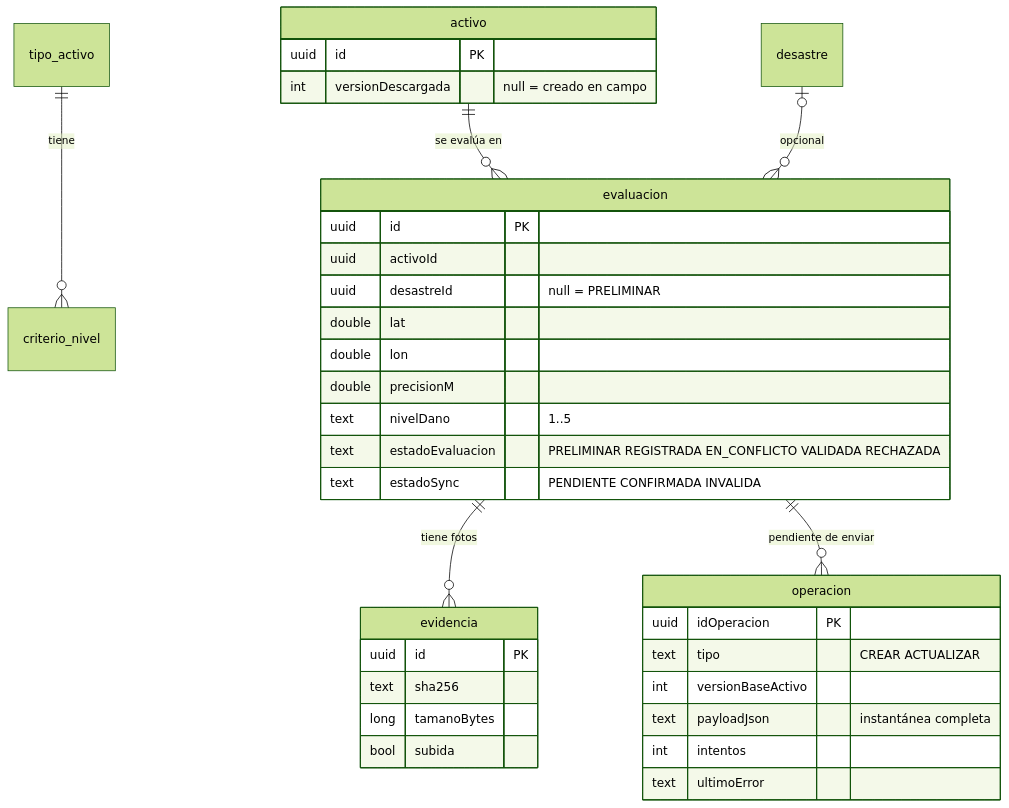
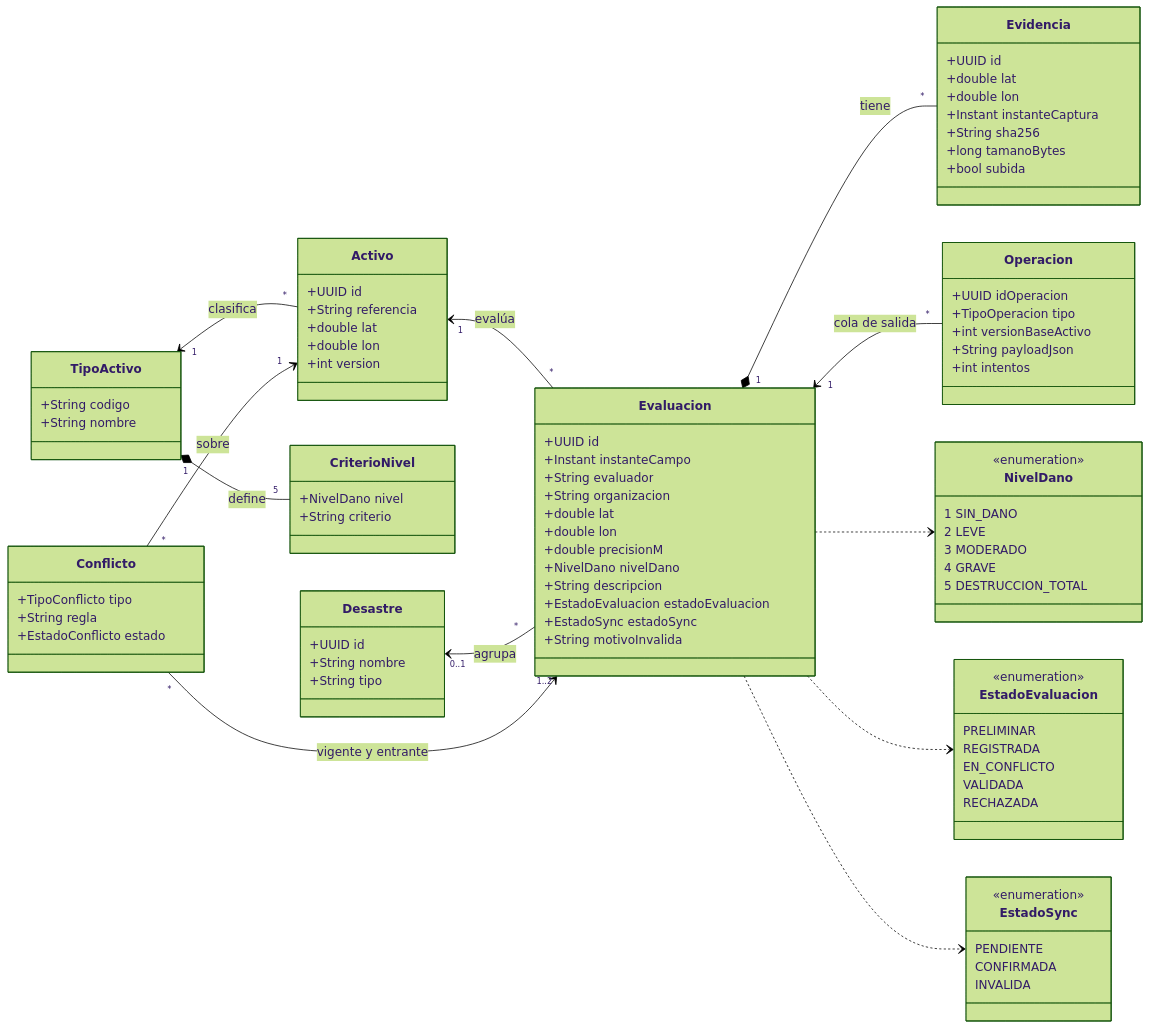
One commit to Gantu78/danos changed the second of 6 diagrams in docs/DISENO.md. Above: the diagram before and after it, drawn with Mermaid (forest theme). The commit also changed other lines of this file, not shown here.

````diff
--- a/docs/DISENO.md
+++ b/docs/DISENO.md
@@ -86,37 +49,92 @@
 ```mermaid
-erDiagram
-    tipo_activo ||--o{ criterio_nivel : "tiene"
-    activo ||--o{ evaluacion : "se evalúa en"
-    evaluacion ||--o{ evidencia : "tiene fotos"
-    evaluacion ||--o{ operacion : "pendiente de enviar"
-    desastre |o--o{ evaluacion : "opcional"
-    evaluacion {
-        uuid id PK
-        uuid activoId
-        uuid desastreId "null = PRELIMINAR"
-        double lat
-        double lon
-        double precisionM
-        text nivelDano "1..5"
-        text estadoEvaluacion "PRELIMINAR REGISTRADA EN_CONFLICTO VALIDADA RECHAZADA"
-        text estadoSync "PENDIENTE CONFIRMADA INVALIDA"
+classDiagram
+    direction LR
+    class Evaluacion {
+        +UUID id
+        +Instant instanteCampo
+        +String evaluador
+        +String organizacion
+        +double lat
+        +double lon
+        +double precisionM
+        +NivelDano nivelDano
+        +String descripcion
+        +EstadoEvaluacion estadoEvaluacion
+        +EstadoSync estadoSync
+        +String motivoInvalida
     }
-    operacion {
-        uuid idOperacion PK
-        text tipo "CREAR ACTUALIZAR"
-        int versionBaseActivo
-        text payloadJson "instantánea completa"
-        int intentos
-        text ultimoError
+    class Activo {
+        +UUID id
+        +String referencia
+        +double lat
+        +double lon
+        +int version
     }
-    activo {
-        uuid id PK
-        int versionDescargada "null = creado en campo"
+    class TipoActivo {
+        +String codigo
+        +String nombre
     }
-    evidencia {
-        uuid id PK
-        text sha256
-        long tamanoBytes
-        bool subida
+    class CriterioNivel {
+        +NivelDano nivel
+        +String criterio
     }
+    class Desastre {
+        +UUID id
+        +String nombre
+        +String tipo
+    }
+    class Evidencia {
+        +UUID id
+        +double lat
+        +double lon
+        +Instant instanteCaptura
+        +String sha256
+        +long tamanoBytes
+        +bool subida
+    }
+    class Operacion {
+        +UUID idOperacion
+        +TipoOperacion tipo
+        +int versionBaseActivo
+        +String payloadJson
+        +int intentos
+    }
+    class Conflicto {
+        +TipoConflicto tipo
+        +String regla
+        +EstadoConflicto estado
+    }
+    class NivelDano {
+        <<enumeration>>
+        1 SIN_DANO
+        2 LEVE
+        3 MODERADO
+        4 GRAVE
+        5 DESTRUCCION_TOTAL
+    }
+    class EstadoEvaluacion {
+        <<enumeration>>
+        PRELIMINAR
+        REGISTRADA
+        EN_CONFLICTO
+        VALIDADA
+        RECHAZADA
+    }
+    class EstadoSync {
+        <<enumeration>>
+        PENDIENTE
+        CONFIRMADA
+        INVALIDA
+    }
+    Activo "1" <-- "*" Evaluacion : evalúa
+    TipoActivo "1" <-- "*" Activo : clasifica
+    TipoActivo "1" *-- "5" CriterioNivel : define
+    Desastre "0..1" <-- "*" Evaluacion : agrupa
+    Evaluacion "1" *-- "*" Evidencia : tiene
+    Evaluacion "1" <-- "*" Operacion : cola de salida
+    Conflicto "*" --> "1" Activo : sobre
+    Conflicto "*" --> "1..2" Evaluacion : vigente y entrante
+    Evaluacion ..> NivelDano
+    Evaluacion ..> EstadoEvaluacion
+    Evaluacion ..> EstadoSync
 ```
````
